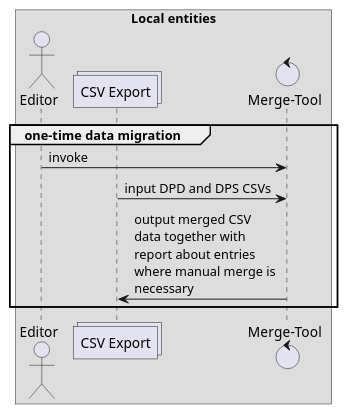
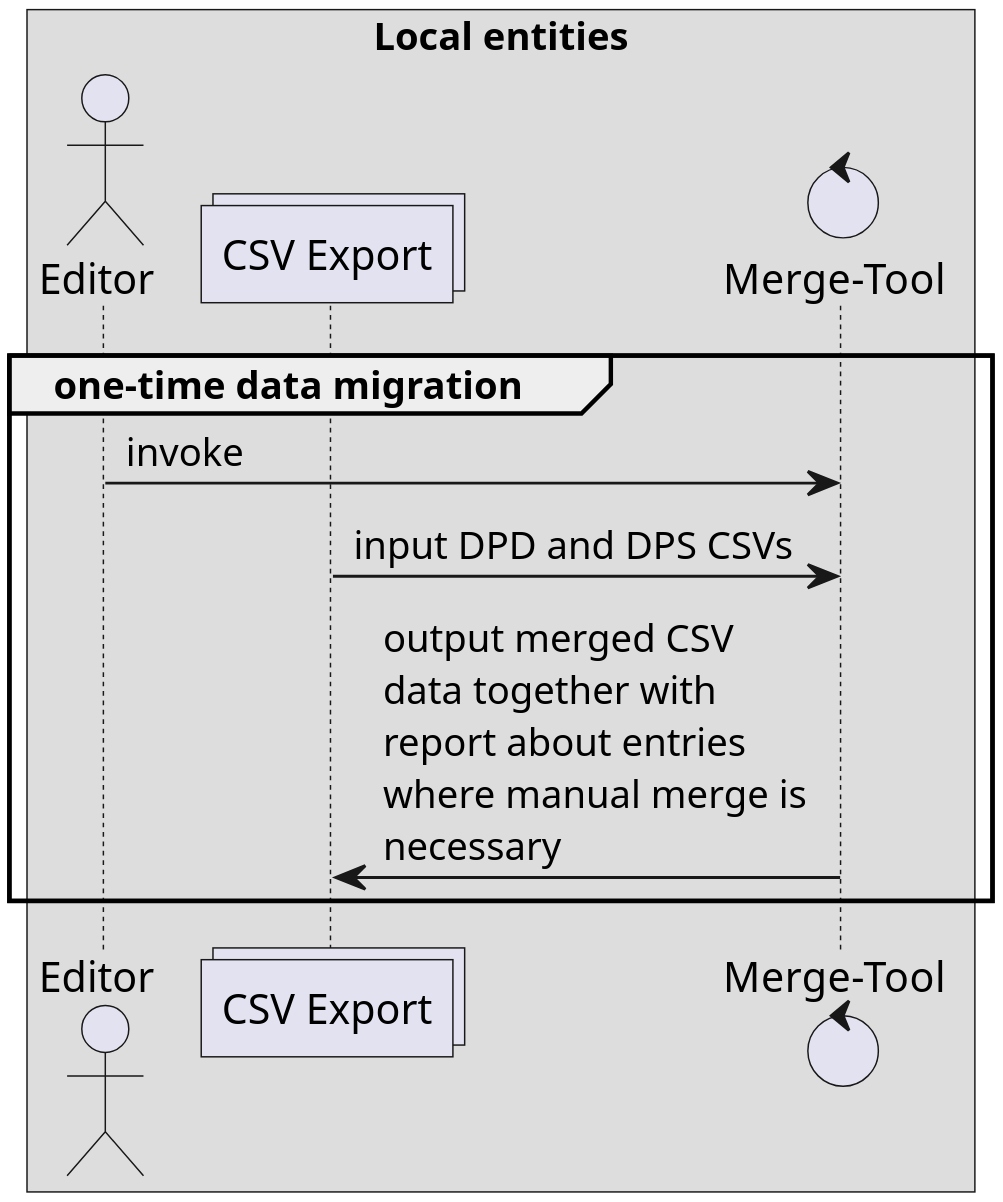
The second of 4 diagrams in design/001_online_editing_basic/001_online_editing_basic.md (Devamitta/online-tool-for-db), drawn with PlantUML before and after one commit. The commit also changed other lines of this file and 16 other files, not shown here.

````diff
--- a/design/001_online_editing_basic/001_online_editing_basic.md
+++ b/design/001_online_editing_basic/001_online_editing_basic.md
@@ -63,19 +63,19 @@
 ```plantuml
 @startuml
 skinparam maxMessageSize 150
 skinparam wrapWidth 150
-skinparam dpi 100
+skinparam dpi 300
 
 box Local entities
 actor "Editor" as editor
 collections "CSV Export" as csv
 control "Merge-Tool" as merge_tool
 end box
 
 group one-time data migration
 editor -> merge_tool: invoke
 csv -> merge_tool: input DPD and DPS CSVs
 merge_tool -> csv: output merged CSV data together with report about entries where manual merge is necessary
 end 
 @enduml
 ```
````
